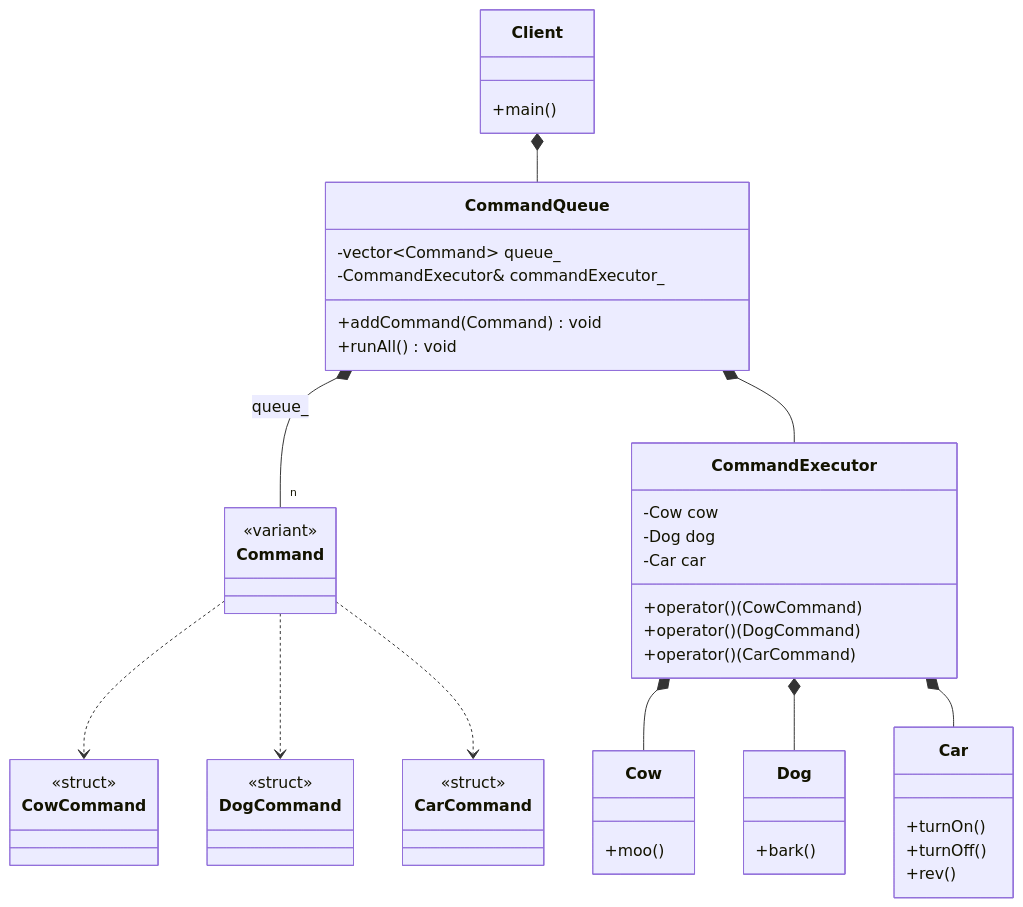
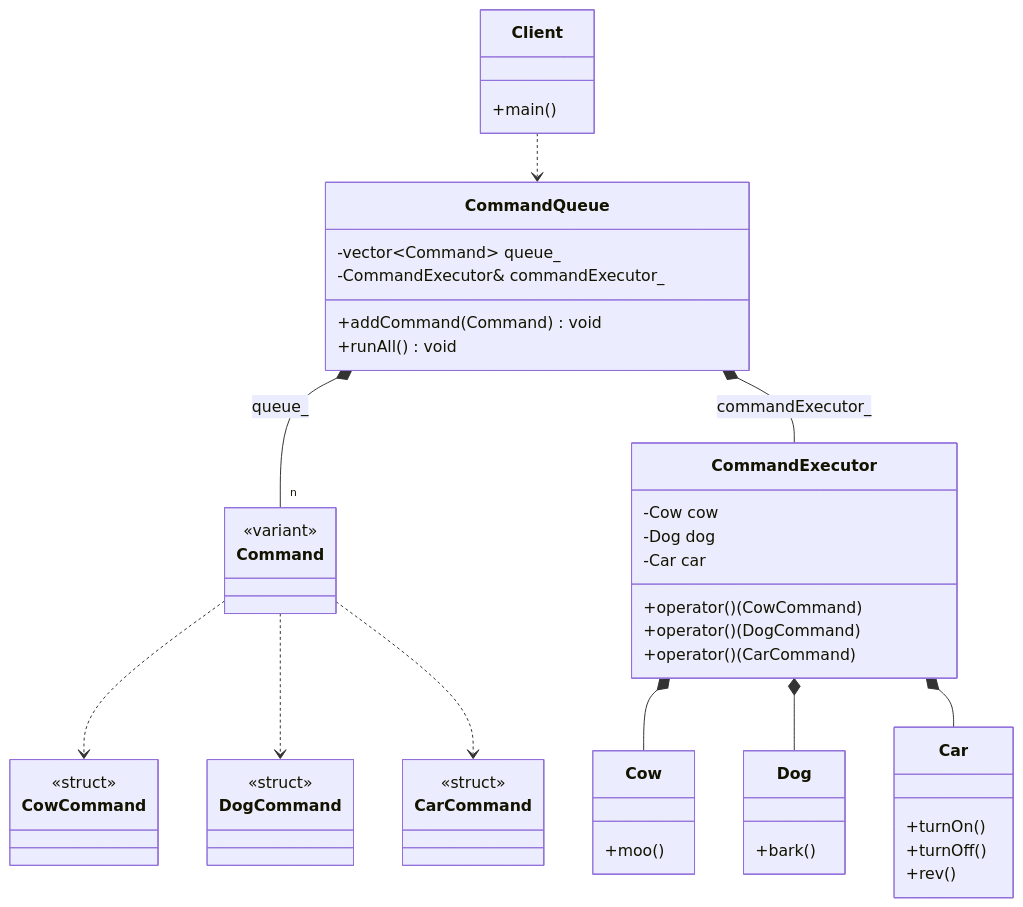
The diagram in 19_Command/02_Modern_Variant/README.md (Cichlidfishexigency721/Modern-CPP-Design-Patterns), drawn with Mermaid before and after one commit. The commit also changed 1 other file, not shown here.

Commit message:
UML improvement

````diff
--- a/19_Command/02_Modern_Variant/README.md
+++ b/19_Command/02_Modern_Variant/README.md
@@ -24,63 +24,63 @@
 ```mermaid
 classDiagram
     class CowCommand {
         <<struct>>
     }
     class DogCommand {
         <<struct>>
     }
     class CarCommand {
         <<struct>>
     }
 
     class Command {
         <<variant>>
     }
 
     class Cow {
         +moo()
     }
 
     class Dog {
         +bark()
     }
 
     class Car {
         +turnOn()
         +turnOff()
         +rev()
     }
 
     class CommandExecutor {
         -Cow cow
         -Dog dog
         -Car car
         +operator()(CowCommand)
         +operator()(DogCommand)
         +operator()(CarCommand)
     }
 
     class CommandQueue {
        -vector~Command~ queue_
        -CommandExecutor& commandExecutor_
        +addCommand(Command) void
         +runAll() void
     }
 
     class Client {
         +main()
     }
 
     CommandQueue *-- "n" Command : queue_
-    CommandQueue *-- CommandExecutor
+    CommandQueue *-- CommandExecutor : commandExecutor_
 
     Command ..> CowCommand
     Command ..> DogCommand
     Command ..> CarCommand
 
     CommandExecutor *-- Cow
     CommandExecutor *-- Dog
     CommandExecutor *-- Car
 
-    Client *-- CommandQueue
+    Client ..> CommandQueue
 ```
````
